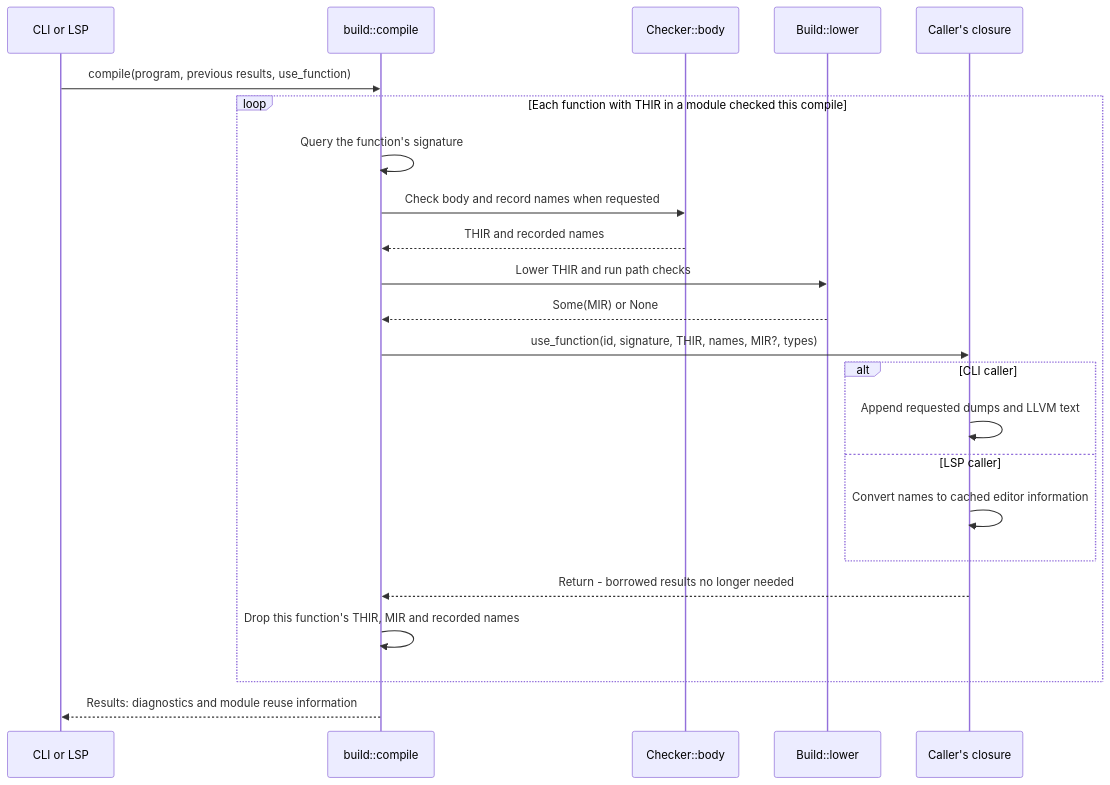
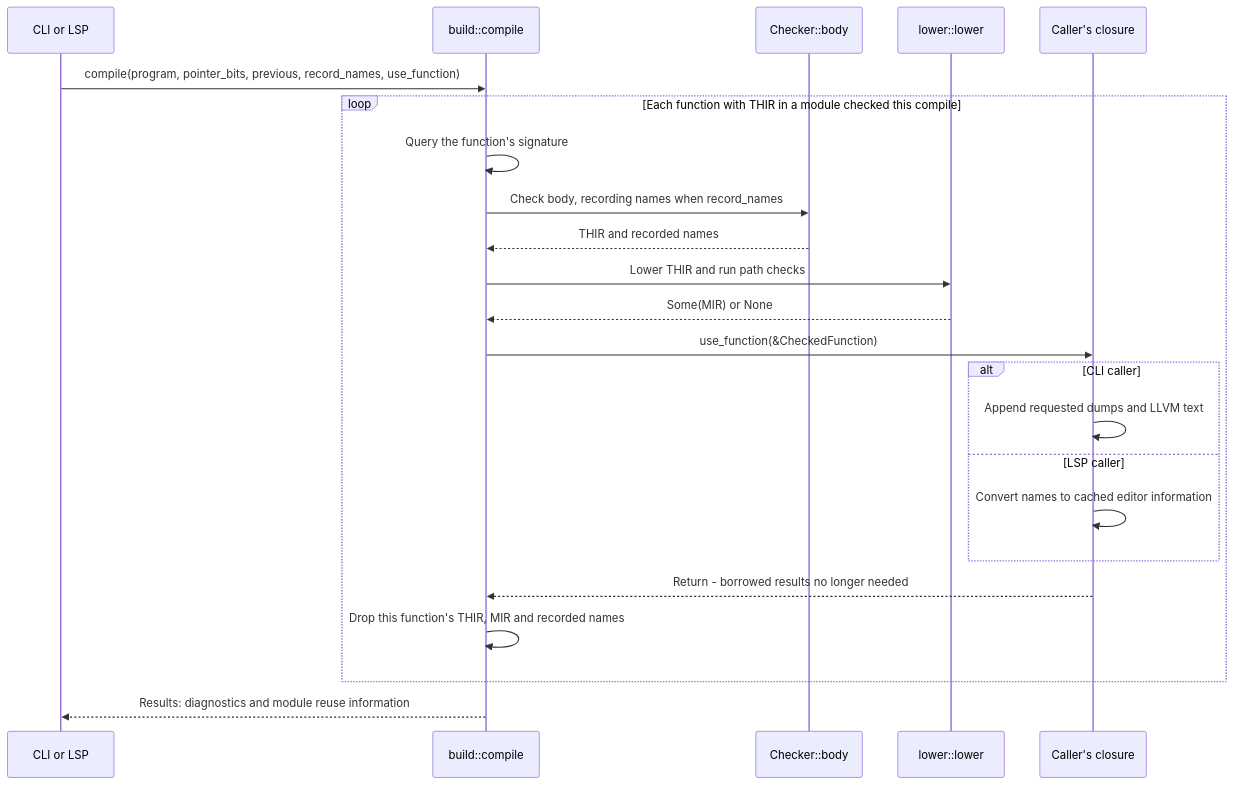
One commit to PeeperLanguage/compiler changed the diagram in README.md. Above: the diagram before and after it, drawn with Mermaid. The commit also changed other lines of this file and 3 other files, not shown here.

````diff
--- a/README.md
+++ b/README.md
@@ -36,26 +46,26 @@
 ```mermaid
 sequenceDiagram
     participant Caller as CLI or LSP
     participant Build as build::compile
     participant Check as Checker::body
-    participant Lower as Build::lower
+    participant Lower as lower::lower
     participant Callback as Caller's closure
 
-    Caller->>Build: compile(program, previous results, use_function)
+    Caller->>Build: compile(program, pointer_bits, previous, record_names, use_function)
     loop Each function with THIR in a module checked this compile
         Build->>Build: Query the function's signature
-        Build->>Check: Check body and record names when requested
+        Build->>Check: Check body, recording names when record_names
         Check-->>Build: THIR and recorded names
         Build->>Lower: Lower THIR and run path checks
         Lower-->>Build: Some(MIR) or None
-        Build->>Callback: use_function(id, signature, THIR, names, MIR?, types)
+        Build->>Callback: use_function(&CheckedFunction)
         alt CLI caller
             Callback->>Callback: Append requested dumps and LLVM text
         else LSP caller
             Callback->>Callback: Convert names to cached editor information
         end
         Callback-->>Build: Return - borrowed results no longer needed
         Build->>Build: Drop this function's THIR, MIR and recorded names
     end
     Build-->>Caller: Results: diagnostics and module reuse information
 ```
````
